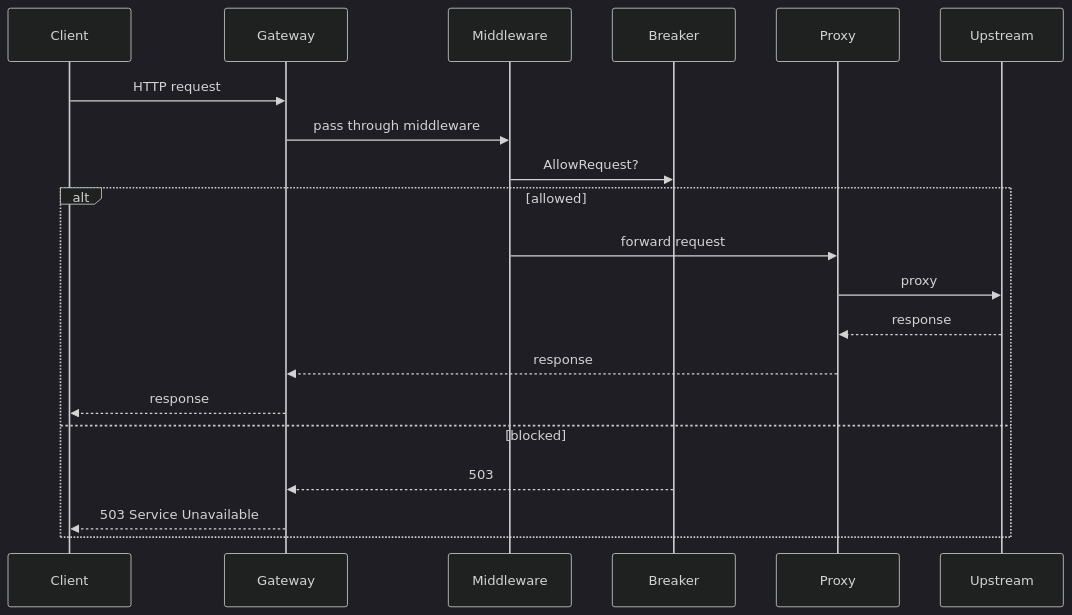
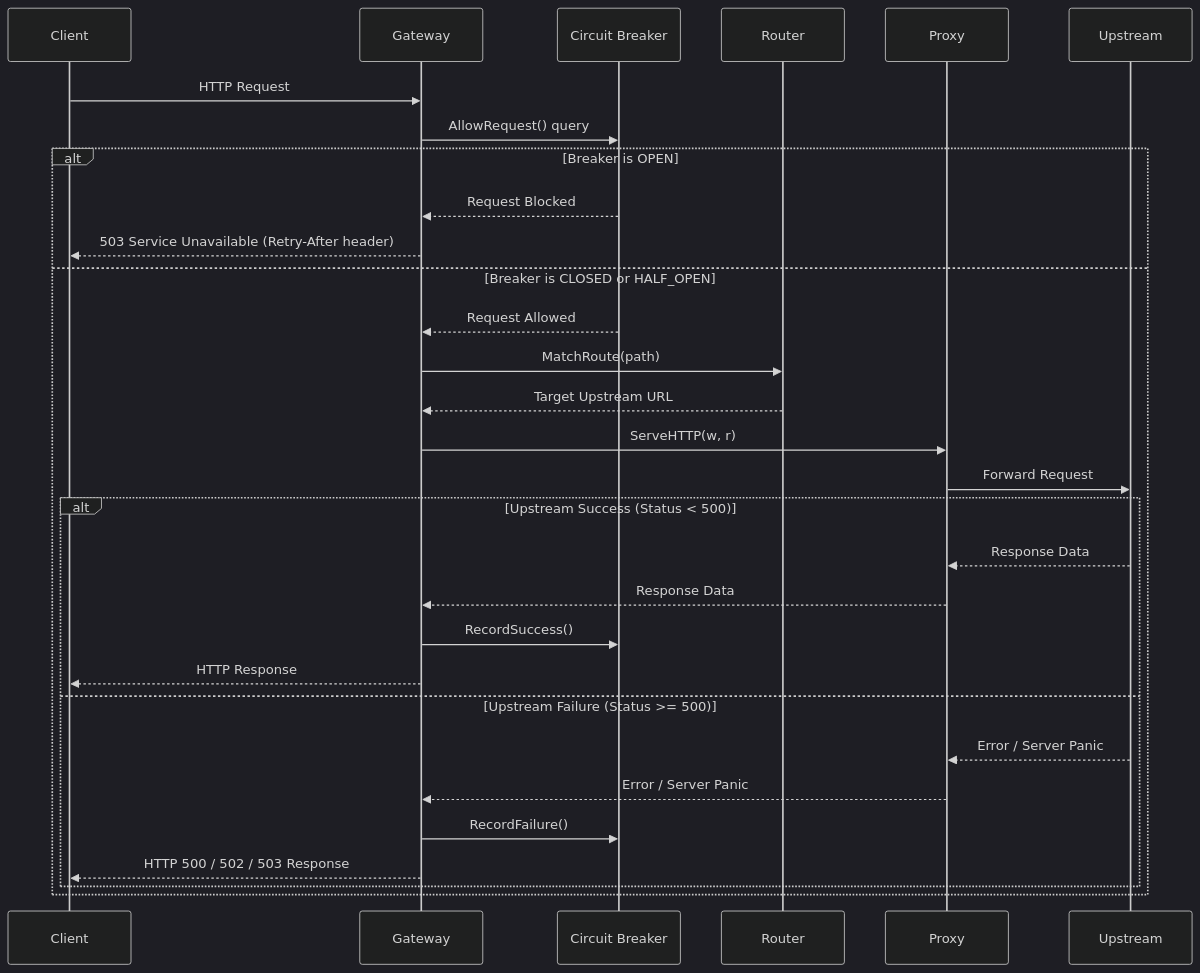
Before and after one commit to jhanvi857/Vexor: the second of 2 diagrams in README.md, drawn with Mermaid (dark theme). The commit also changed other lines of this file, not shown here.

Commit message:
docs : refacrot readme with more clear architecture

````diff
--- a/README.md
+++ b/README.md
@@ -45,23 +32,35 @@
 ```mermaid
 sequenceDiagram
-	participant C as Client
-	participant G as Gateway
-	participant M as Middleware
-	participant B as Breaker
-	participant P as Proxy
-	participant U as Upstream
+    participant Client
+    participant Gateway
+    participant Breaker as Circuit Breaker
+    participant Router
+    participant Proxy
+    participant Upstream
 
-	C->>G: HTTP request
-	G->>M: pass through middleware
-	M->>B: AllowRequest?
-	alt allowed
-		M->>P: forward request
-		P->>U: proxy
-		U-->>P: response
-		P-->>G: response
-		G-->>C: response
-	else blocked
-		B-->>G: 503
-		G-->>C: 503 Service Unavailable
-	end
+    Client->>Gateway: HTTP Request
+    Gateway->>Breaker: AllowRequest() query
+    
+    alt Breaker is OPEN
+        Breaker-->>Gateway: Request Blocked
+        Gateway-->>Client: 503 Service Unavailable (Retry-After header)
+    else Breaker is CLOSED or HALF_OPEN
+        Breaker-->>Gateway: Request Allowed
+        Gateway->>Router: MatchRoute(path)
+        Router-->>Gateway: Target Upstream URL
+        Gateway->>Proxy: ServeHTTP(w, r)
+        Proxy->>Upstream: Forward Request
+        
+        alt Upstream Success (Status < 500)
+            Upstream-->>Proxy: Response Data
+            Proxy-->>Gateway: Response Data
+            Gateway->>Breaker: RecordSuccess()
+            Gateway-->>Client: HTTP Response
+        else Upstream Failure (Status >= 500)
+            Upstream-->>Proxy: Error / Server Panic
+            Proxy-->>Gateway: Error / Server Panic
+            Gateway->>Breaker: RecordFailure()
+            Gateway-->>Client: HTTP 500 / 502 / 503 Response
+        end
+    end
 ```
````
